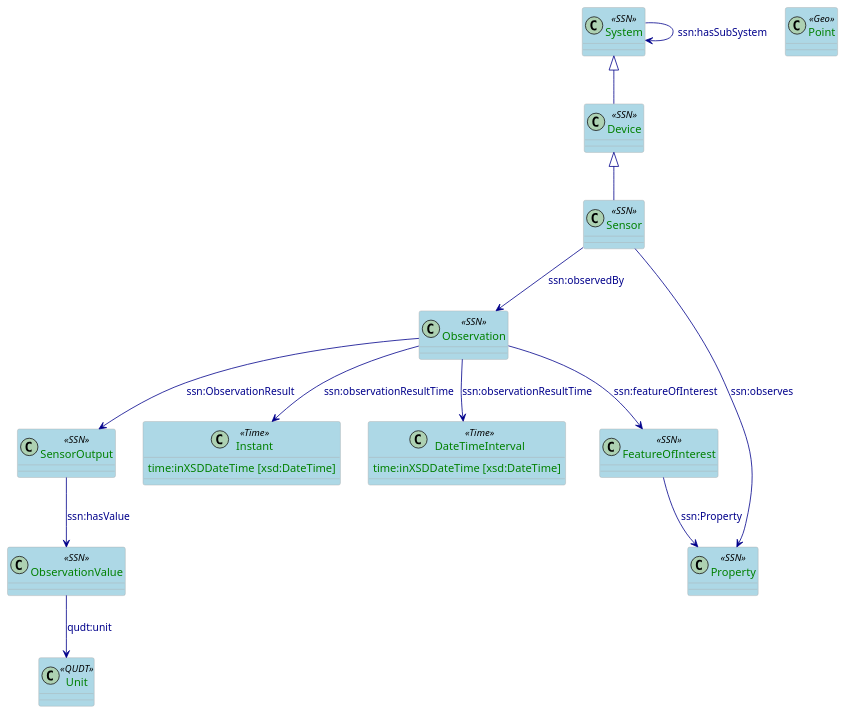
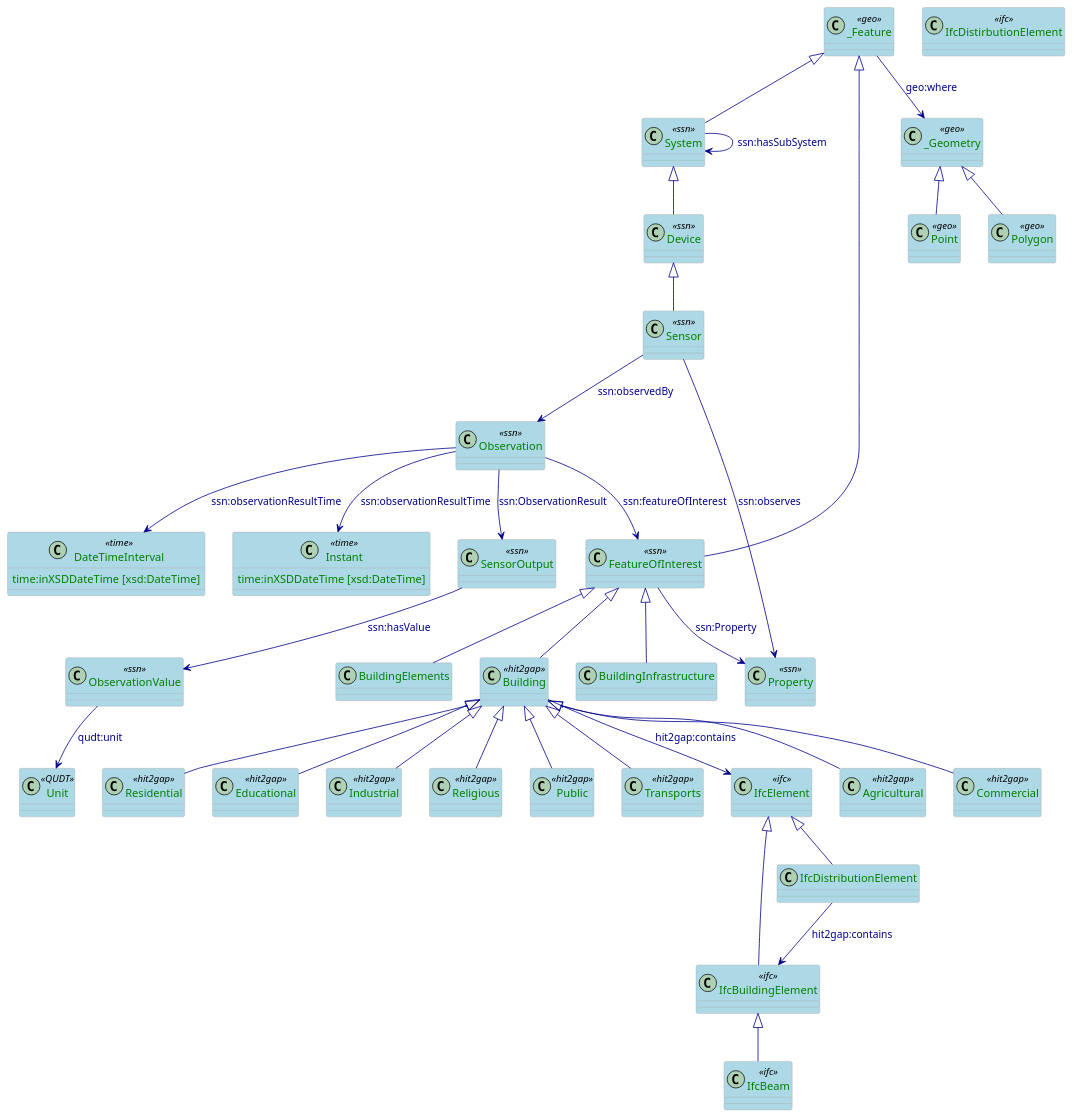
One commit to HIT2GAP-EU-PROJECT/BEMOnt changed the diagram in docs/plantuml/BuildingInfrastructure.puml. Above: the diagram before and after it, drawn with PlantUML. The commit also changed 1 other file, not shown here.

Commit message:
Buillding and Building Types definition

```diff
--- a/docs/plantuml/BuildingInfrastructure.puml
+++ b/docs/plantuml/BuildingInfrastructure.puml
@@ -1,51 +1,120 @@
 @startuml
 
 skinparam class {
   ArrowColor DarkBlue
   ArrowFontColor DarkBlue
   BackgroundColor LightBlue
   BorderColor DarkGrey
 }
 skinparam stereotypeCBackgroundColor Wheat
 skinparam classAttributeFontColor  Green
 
 /'
- Definition of the classes referring the
+ Definition of the classes referring the SSN-core part
 '/
-class System <<SSN>>
-class Device <<SSN>>
-class Sensor <<SSN>>
-class Observation <<SSN>>
-class FeatureOfInterest <<SSN>>
-class Property <<SSN>>
-class SensorOutput <<SSN>>
-class ObservationValue <<SSN>>
-class Instant <<Time>>{
+class System <<ssn>>
+class Device <<ssn>>
+class Sensor <<ssn>>
+class Observation <<ssn>>
+class FeatureOfInterest <<ssn>>
+class Property <<ssn>>
+class SensorOutput <<ssn>>
+class ObservationValue <<ssn>>
+class Instant <<time>>{
     time:inXSDDateTime [xsd:DateTime]
 }
-class DateTimeInterval <<Time>>{
+class DateTimeInterval <<time>>{
     time:inXSDDateTime [xsd:DateTime]
 }
 class Unit <<QUDT>>
-class Point <<Geo>>
+
+/'
+  Definition of the Geo-core part
+'/
+class _Feature <<geo>>
+class _Geometry <<geo>>
+class Point <<geo>>
+class Polygon <<geo>>
+
+/'
+  Definition of the Feature of interest classes
+'/
+class Building <<hit2gap>>
+class IfcElement <<ifc>>
+class IfcBuildingElement <<ifc>>
+class IfcDistirbutionElement <<ifc>>
+
+/'
+  Building types class definition
+'/
+class Agricultural <<hit2gap>>
+class Commercial <<hit2gap>>
+class Residential  <<hit2gap>>
+class Educational <<hit2gap>>
+class Industrial <<hit2gap>>
+class Religious <<hit2gap>>
+class Public <<hit2gap>>
+class Transports <<hit2gap>>
+
+/'
+ Definition of Building Elements subclasses
+'/
+
+class IfcBeam <<ifc>>
 
 
 /'
  Definition of the SSN model to model the sensor observation of the building
  facilities
 '/
 
 System --> System: ssn:hasSubSystem
 System <|-- Device
 Device <|-- Sensor
 Sensor --> Observation: ssn:observedBy
 Sensor --> Property: ssn:observes
 Observation --> FeatureOfInterest: ssn:featureOfInterest
 FeatureOfInterest --> Property: ssn:Property
 Observation --> SensorOutput: ssn:ObservationResult
 SensorOutput --> ObservationValue: ssn:hasValue
 ObservationValue --> Unit: qudt:unit
 Observation --> Instant: ssn:observationResultTime
 Observation --> DateTimeInterval: ssn:observationResultTime
 
+/'
+  Definition of the geospatial part using GeoOWL ontology
+'/
+
+_Feature --> _Geometry: geo:where
+_Geometry <|-- Point
+_Geometry <|-- Polygon
+
+_Feature <|-- FeatureOfInterest
+_Feature <|-- System
+
+/'
+  Definition of the types of FoIs
+'/
+
+FeatureOfInterest <|-- Building
+FeatureOfInterest <|-- BuildingInfrastructure
+FeatureOfInterest <|-- BuildingElements
+
+Building --> IfcElement: hit2gap:contains
+IfcElement <|-- IfcDistributionElement
+IfcElement <|-- IfcBuildingElement
+
+IfcDistributionElement --> IfcBuildingElement: hit2gap:contains
+
+Building <|-- Agricultural
+Building <|-- Commercial
+Building <|-- Residential
+Building <|-- Educational
+Building <|-- Industrial
+Building <|-- Religious
+Building <|-- Public
+Building <|-- Transports
+
+IfcBuildingElement <|-- IfcBeam
+
 @enduml
```
